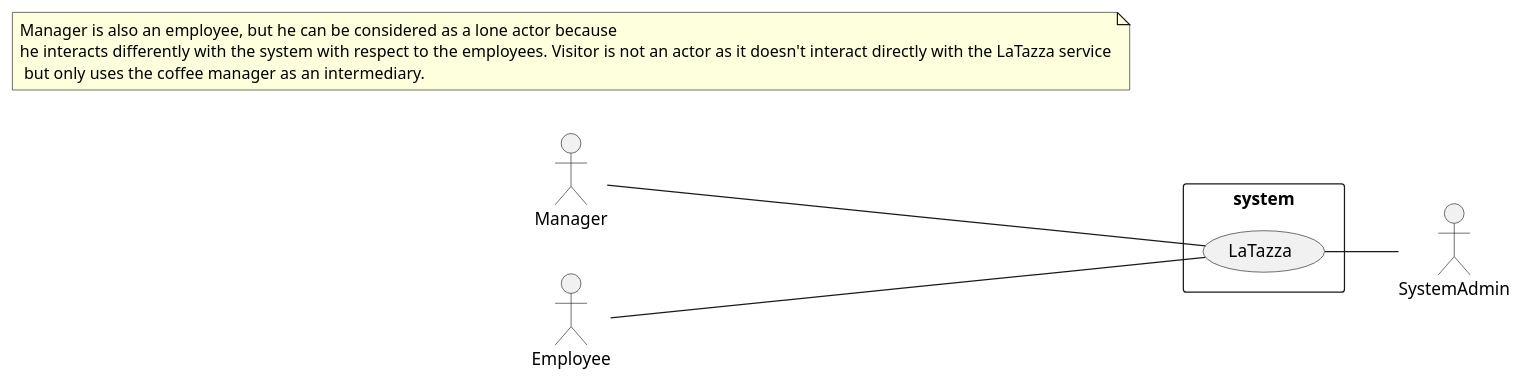
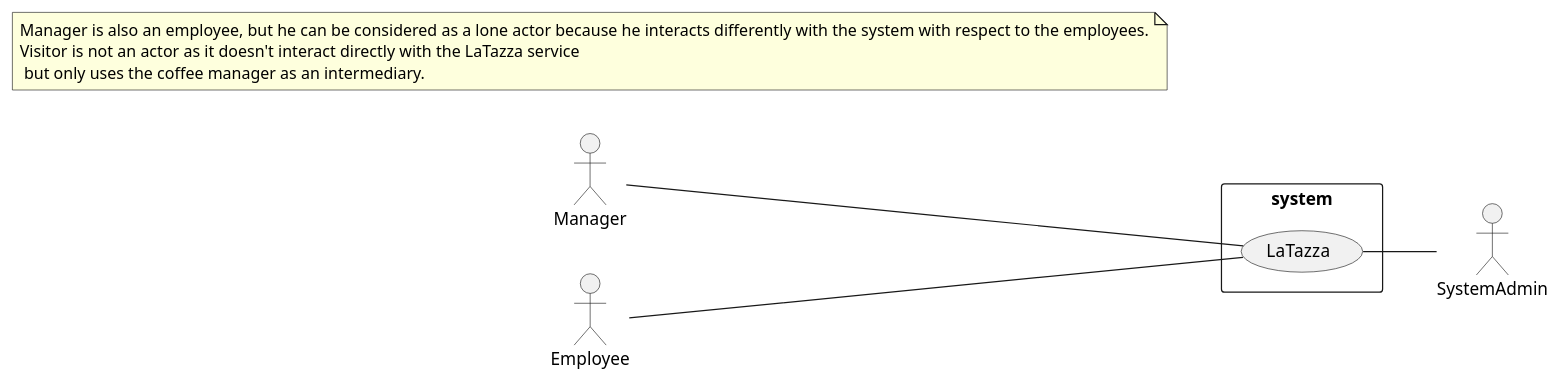
One commit to salvatore-dimartino/LaTazza changed the first of 3 diagrams in templates/RequirementsTemplate.md. Above: the diagram before and after it, drawn with PlantUML.

````diff
--- a/templates/RequirementsTemplate.md
+++ b/templates/RequirementsTemplate.md
@@ -42,25 +42,25 @@
 ```plantuml
 @startuml
 
 left to right direction
 
 skinparam packageStyle rectangle
 
 actor Manager as m
 actor Employee as e
 actor SystemAdmin as sa
 
 rectangle system {
 
 	(LaTazza) as l
 
 }
 
 m -- l
 e -- l
 l -- sa
 
-note "Manager is also an employee, but he can be considered as a lone actor because\nhe interacts differently with the system with respect to the employees. Visitor is not an actor as it doesn't interact directly with the LaTazza service\n but only uses the coffee manager as an intermediary." as n
+note "Manager is also an employee, but he can be considered as a lone actor because he interacts differently with the system with respect to the employees.\nVisitor is not an actor as it doesn't interact directly with the LaTazza service\n but only uses the coffee manager as an intermediary." as n
 
 @enduml
 ```
````
